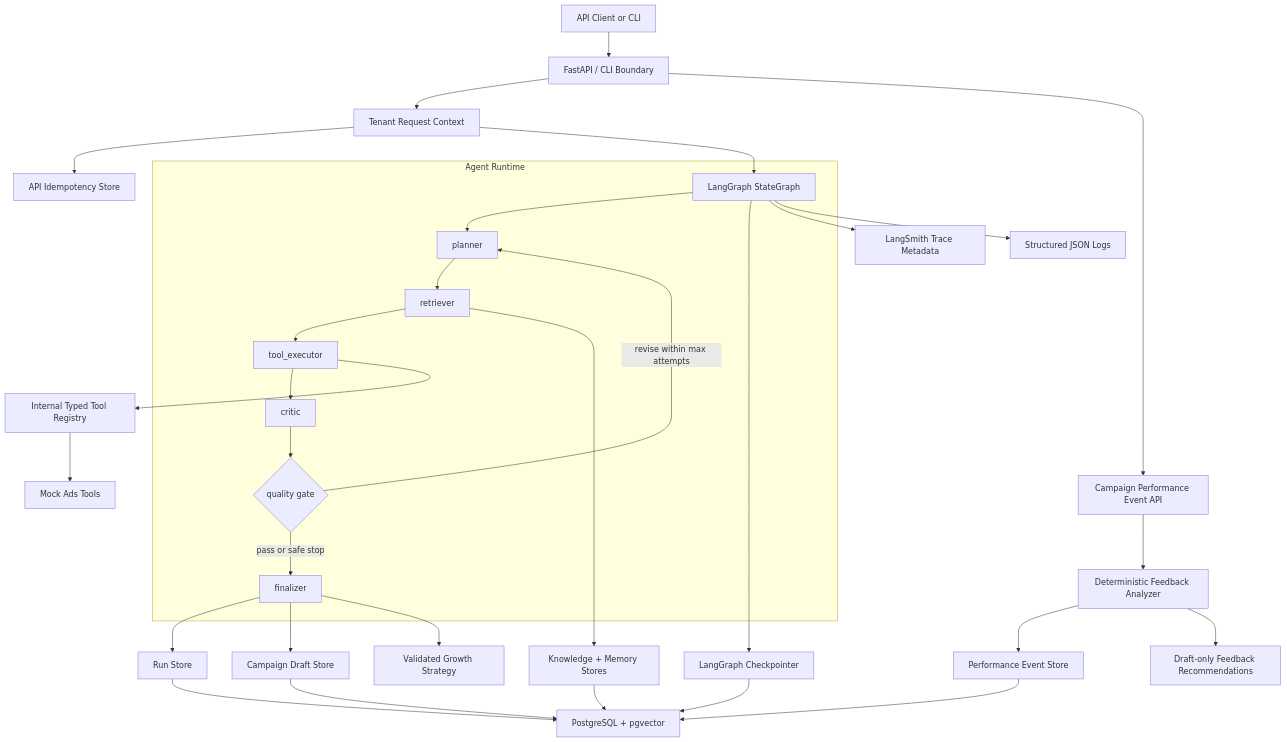
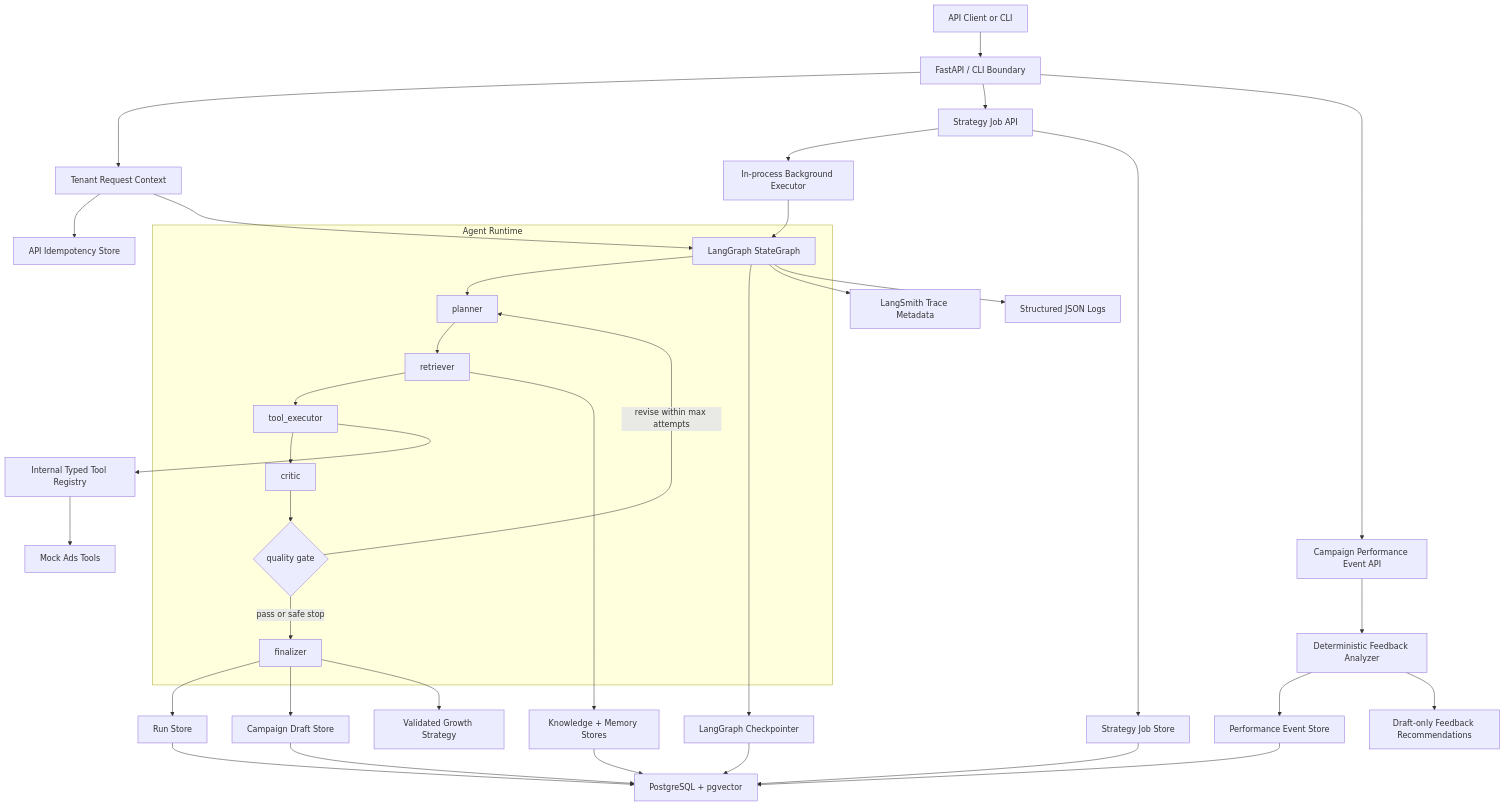
The first of 5 diagrams in RFC-Autonomous-Ads-Growth-Agent-Platform-v0.1.md (clearlove1fan/autonomous-ads-growth-agent-platform), drawn with Mermaid before and after one commit. The commit also changed other lines of this file and 16 other files, not shown here.

Commit message:
add async strategy job model

````diff
--- a/RFC-Autonomous-Ads-Growth-Agent-Platform-v0.1.md
+++ b/RFC-Autonomous-Ads-Growth-Agent-Platform-v0.1.md
@@ -272,38 +296,44 @@
 ```mermaid
 flowchart TD
     C["API Client or CLI"] --> A["FastAPI / CLI Boundary"]
     A --> T["Tenant Request Context"]
     T --> I["API Idempotency Store"]
     T --> G["LangGraph StateGraph"]
 
     subgraph Graph["Agent Runtime"]
         G --> P["planner"]
         P --> R["retriever"]
         R --> X["tool_executor"]
         X --> K["critic"]
         K --> Q{"quality gate"}
         Q -- "revise within max attempts" --> P
         Q -- "pass or safe stop" --> F["finalizer"]
     end
 
     G --> CP["LangGraph Checkpointer"]
     G --> LS["LangSmith Trace Metadata"]
     G --> JL["Structured JSON Logs"]
     R --> KS["Knowledge + Memory Stores"]
     X --> TR["Internal Typed Tool Registry"]
     TR --> MT["Mock Ads Tools"]
     F --> RS["Run Store"]
     F --> DS["Campaign Draft Store"]
     F --> OUT["Validated Growth Strategy"]
 
+    A --> JQ["Strategy Job API"]
+    JQ --> BG["In-process Background Executor"]
+    BG --> G
+    JQ --> JS["Strategy Job Store"]
+
     A --> EV["Campaign Performance Event API"]
     EV --> FA["Deterministic Feedback Analyzer"]
     FA --> PES["Performance Event Store"]
     FA --> REC["Draft-only Feedback Recommendations"]
 
     KS --> DB["PostgreSQL + pgvector"]
     RS --> DB
     DS --> DB
     PES --> DB
     CP --> DB
+    JS --> DB
 ```
````
